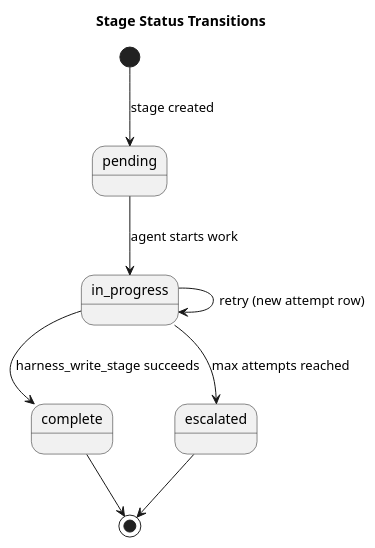
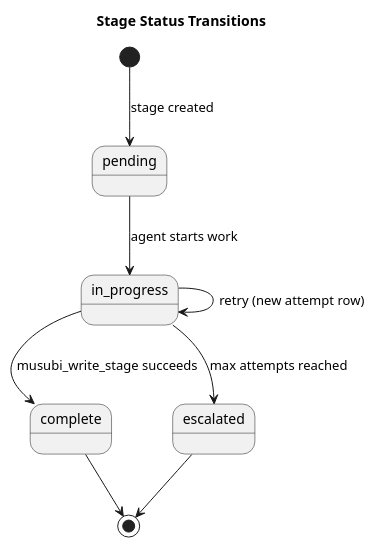
One commit to Eurus7895/Musubi changed the sixth of 7 diagrams in .github/skills/documentation/references/plantuml-guide.md. Above: the diagram before and after it, drawn with PlantUML. The commit also changed other lines of this file and 224 other files, not shown here.

First line of the commit message:
chore: rename CopilotHarness -> Musubi (substrate + breaking musubi_* MCP prefix)

````diff
--- a/.github/skills/documentation/references/plantuml-guide.md
+++ b/.github/skills/documentation/references/plantuml-guide.md
@@ -188,13 +188,13 @@
 ```plantuml
 @startuml
 title Stage Status Transitions
 
 [*] --> pending : stage created
 pending --> in_progress : agent starts work
-in_progress --> complete : harness_write_stage succeeds
+in_progress --> complete : musubi_write_stage succeeds
 in_progress --> in_progress : retry (new attempt row)
 in_progress --> escalated : max attempts reached
 complete --> [*]
 escalated --> [*]
 @enduml
 ```
````
